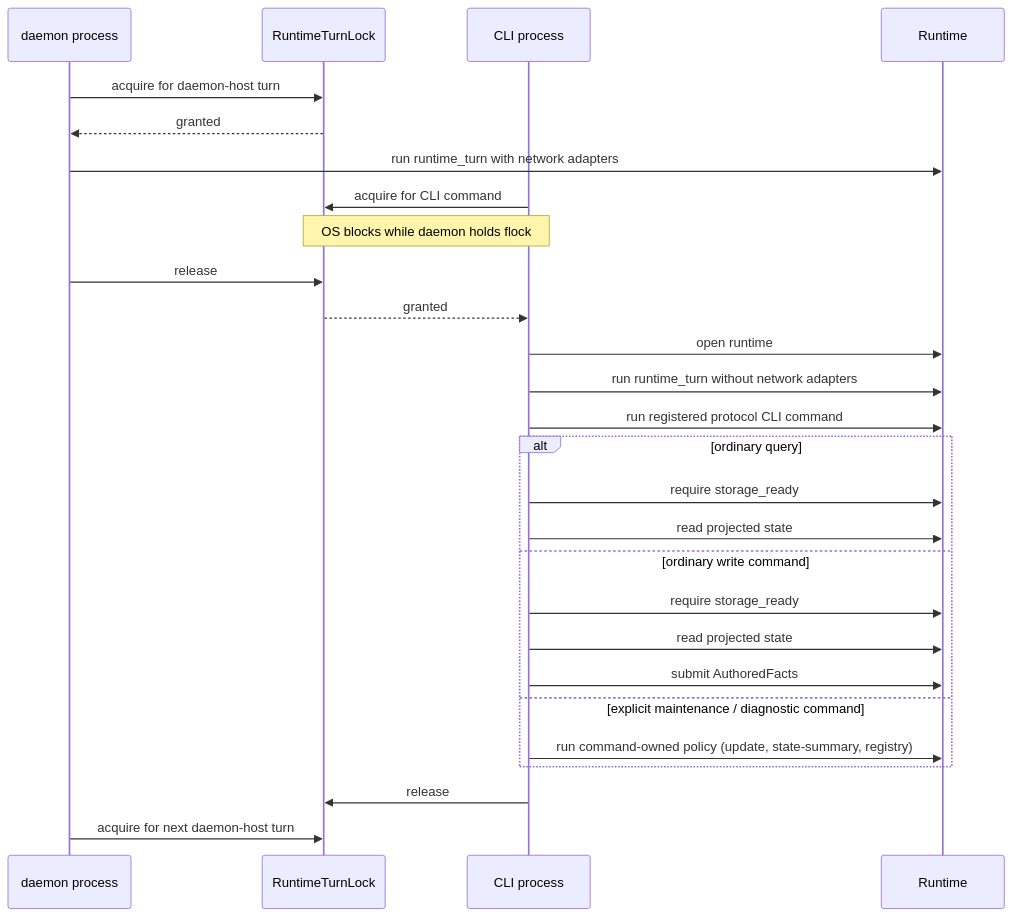
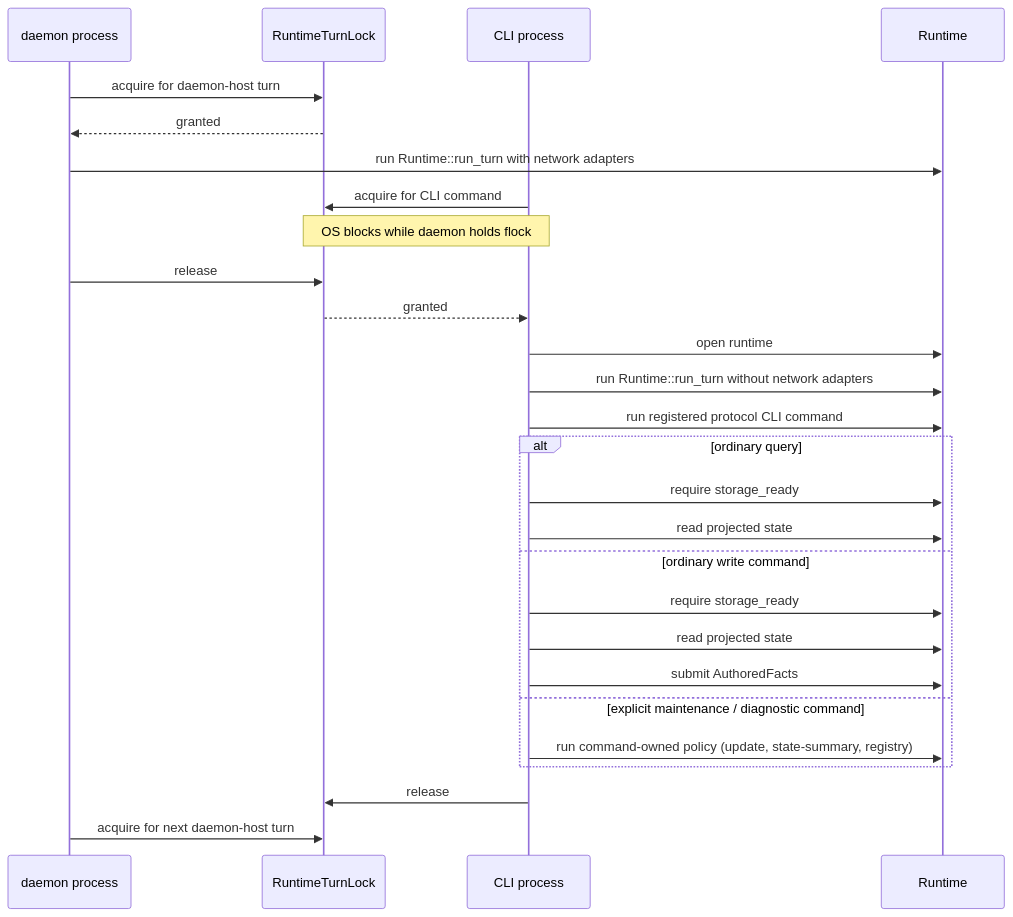
One commit to holmesworcester/poc-10 changed the fifth of 11 diagrams in ARCHITECTURE_DIAGRAMS.md. Above: the diagram before and after it, drawn with Mermaid. The commit also changed other lines of this file and 11 other files, not shown here.

Commit message:
Move runtime turn ownership into runtime

````diff
--- a/ARCHITECTURE_DIAGRAMS.md
+++ b/ARCHITECTURE_DIAGRAMS.md
@@ -317,30 +317,30 @@
 ```mermaid
 sequenceDiagram
     participant D as daemon process
     participant L as RuntimeTurnLock
     participant C as CLI process
     participant R as Runtime
 
     D->>L: acquire for daemon-host turn
     L-->>D: granted
-    D->>R: run runtime_turn with network adapters
+    D->>R: run Runtime::run_turn with network adapters
     C->>L: acquire for CLI command
     Note over C,L: OS blocks while daemon holds flock
     D->>L: release
     L-->>C: granted
     C->>R: open runtime
-    C->>R: run runtime_turn without network adapters
+    C->>R: run Runtime::run_turn without network adapters
     C->>R: run registered protocol CLI command
     alt ordinary query
         C->>R: require storage_ready
         C->>R: read projected state
     else ordinary write command
         C->>R: require storage_ready
         C->>R: read projected state
         C->>R: submit AuthoredFacts
     else explicit maintenance / diagnostic command
         C->>R: run command-owned policy (update, state-summary, registry)
     end
     C->>L: release
     D->>L: acquire for next daemon-host turn
 ```
````
